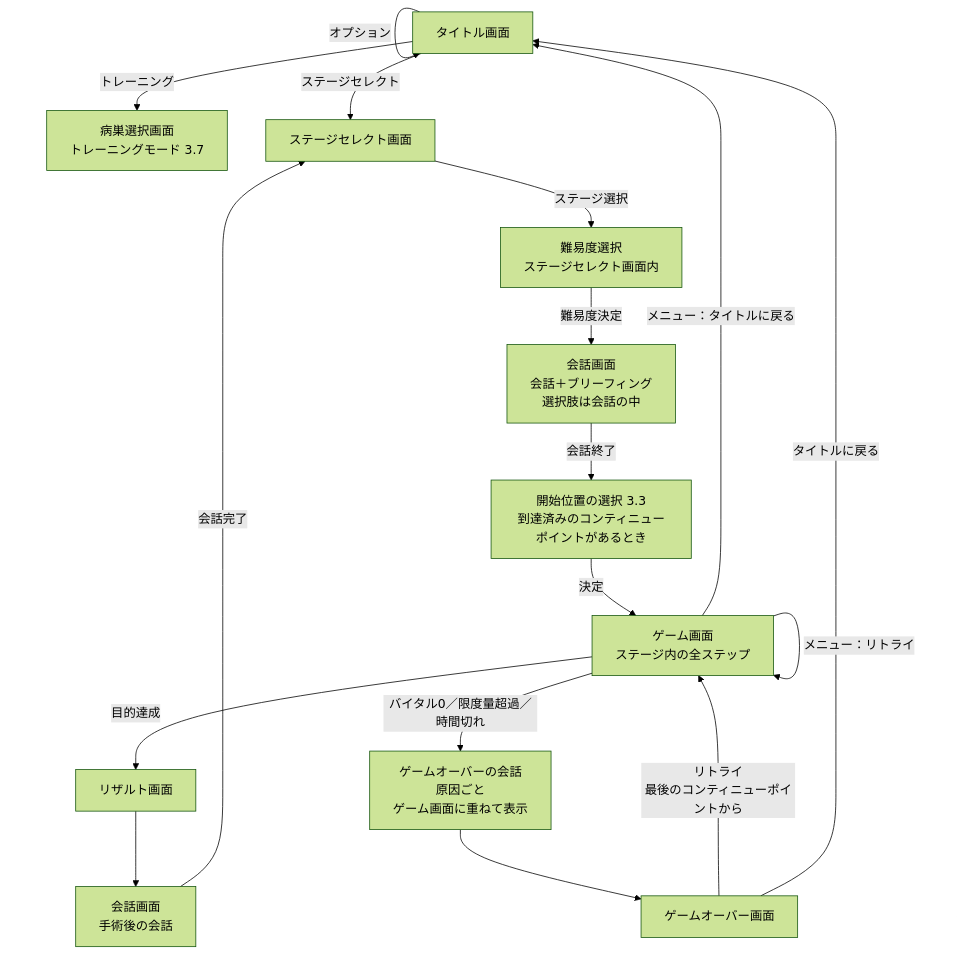
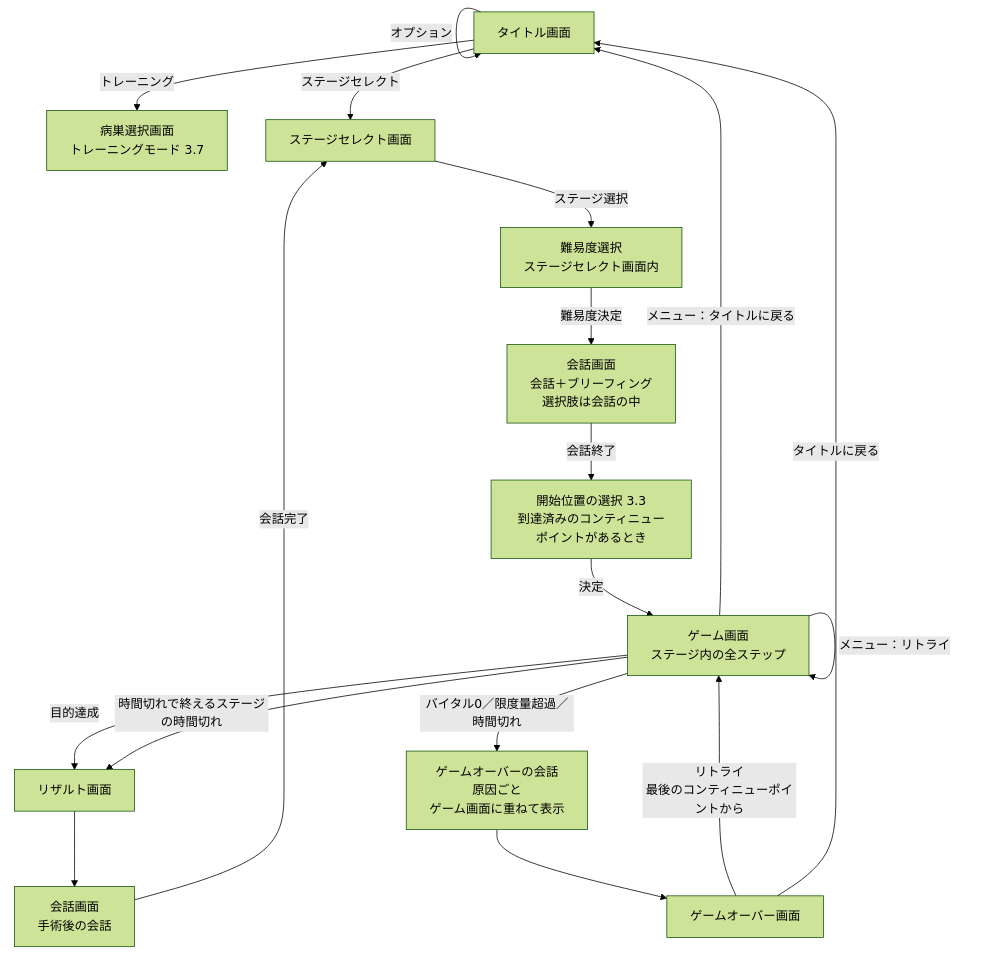
One commit to shuokitsu/OperationTrauma changed the first of 3 diagrams in spec/02_screens.md. Above: the diagram before and after it, drawn with Mermaid (forest theme). The commit also changed other lines of this file and 103 other files, not shown here.

````diff
--- a/spec/02_screens.md
+++ b/spec/02_screens.md
@@ -22,18 +22,19 @@
 ```mermaid
 flowchart TD
     Title[タイトル画面] -->|ステージセレクト| Select[ステージセレクト画面]
     Title -->|オプション| Title
     Title -->|トレーニング| Training[病巣選択画面<br>トレーニングモード 3.7]
     Select -->|ステージ選択| Diff[難易度選択<br>ステージセレクト画面内]
     Diff -->|難易度決定| TalkBefore[会話画面<br>会話＋ブリーフィング<br>選択肢は会話の中]
     TalkBefore -->|会話終了| Start[開始位置の選択 3.3<br>到達済みのコンティニューポイントがあるとき]
     Start -->|決定| Game[ゲーム画面<br>ステージ内の全ステップ]
     Game -->|目的達成| Result[リザルト画面]
+    Game -->|時間切れで終えるステージの時間切れ| Result
     Game -->|バイタル0／限度量超過／時間切れ| TalkOver[ゲームオーバーの会話<br>原因ごと<br>ゲーム画面に重ねて表示] --> Over[ゲームオーバー画面]
     Game -->|メニュー：リトライ| Game
     Game -->|メニュー：タイトルに戻る| Title
     Over -->|リトライ<br>最後のコンティニューポイントから| Game
     Over -->|タイトルに戻る| Title
     Result --> TalkAfter[会話画面<br>手術後の会話]
     TalkAfter -->|会話完了| Select
 ```
````
